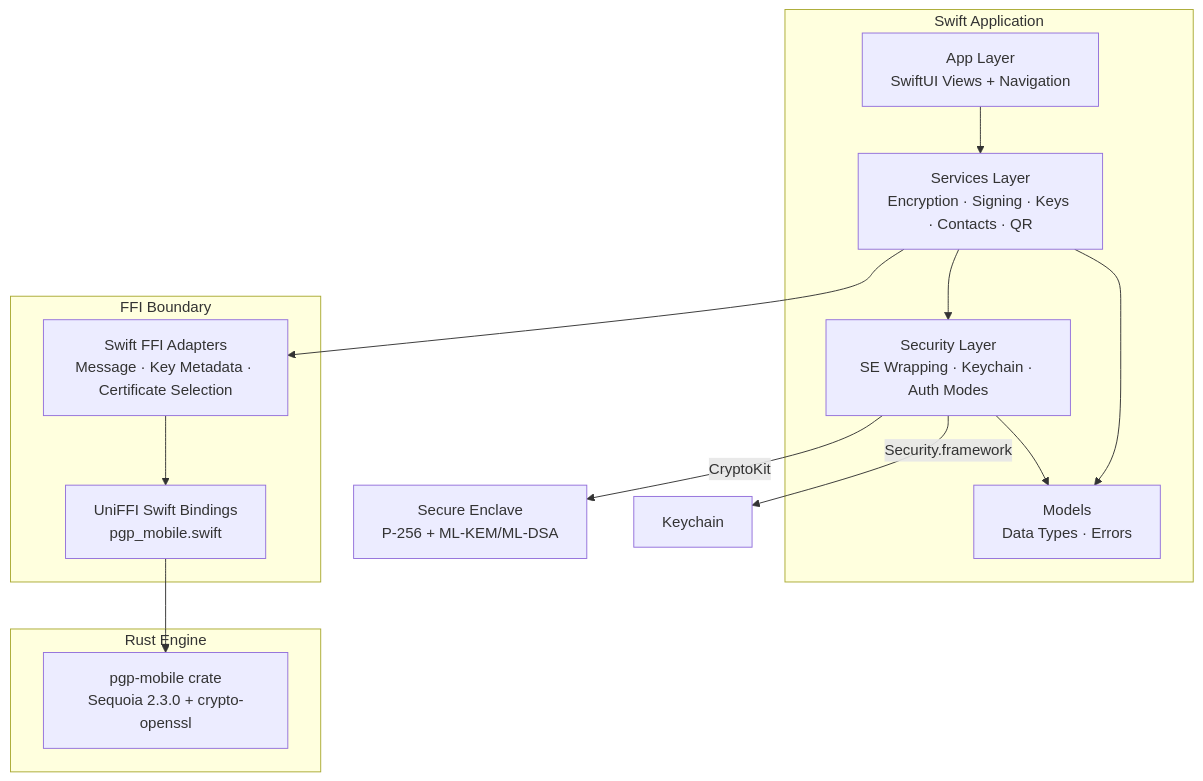
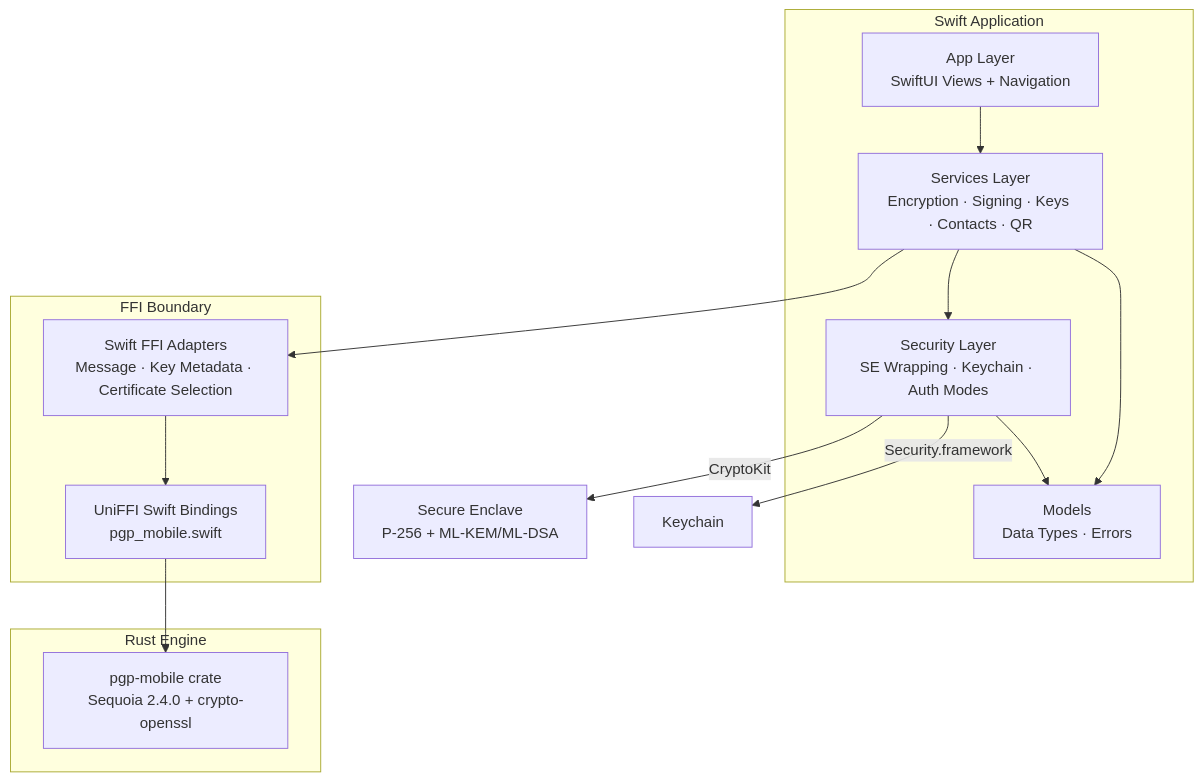
Before and after one commit to cypherair/cypherair: the first of 7 diagrams in docs/ARCHITECTURE.md, drawn with Mermaid. The commit also changed other lines of this file and 12 other files, not shown here.

````diff
--- a/docs/ARCHITECTURE.md
+++ b/docs/ARCHITECTURE.md
@@ -15,28 +15,28 @@
 ```mermaid
 graph TB
     subgraph "Swift Application"
         UI["App Layer<br/>SwiftUI Views + Navigation"]
         SVC["Services Layer<br/>Encryption · Signing · Keys · Contacts · QR"]
         SEC["Security Layer<br/>SE Wrapping · Keychain · Auth Modes"]
         MOD["Models<br/>Data Types · Errors"]
     end
 
     subgraph "FFI Boundary"
         ADAPT["Swift FFI Adapters<br/>Message · Key Metadata · Certificate Selection"]
         BIND["UniFFI Swift Bindings<br/>pgp_mobile.swift"]
     end
 
     subgraph "Rust Engine"
-        PGP["pgp-mobile crate<br/>Sequoia 2.3.0 + crypto-openssl"]
+        PGP["pgp-mobile crate<br/>Sequoia 2.4.0 + crypto-openssl"]
     end
 
     UI --> SVC
     SVC --> SEC
     SVC --> ADAPT
     ADAPT --> BIND
     SEC --> |CryptoKit| SE["Secure Enclave<br/>P-256 + ML-KEM/ML-DSA"]
     SEC --> |Security.framework| KC["Keychain"]
     BIND --> PGP
     SVC --> MOD
     SEC --> MOD
 ```
````
